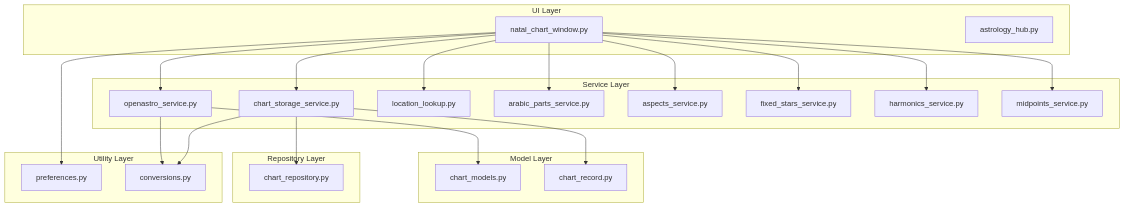
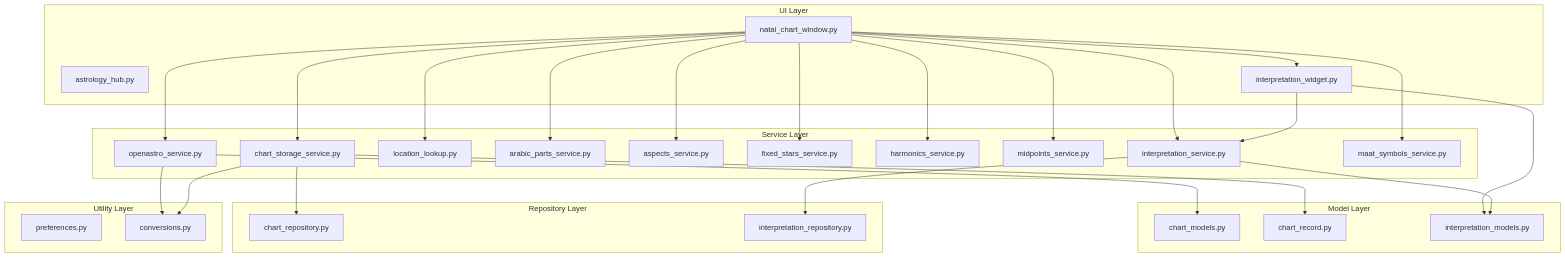
One commit to TheDaniel166/IsopGem changed the first of 21 diagrams in .qoder/repowiki/en/content/Architecture Overview/Pillar-Based Architecture/Astrology Pillar/Natal Charts.md. Above: the diagram before and after it, drawn with Mermaid. The commit also changed other lines of this file and 44 other files, not shown here.

````diff
--- a/.qoder/repowiki/en/content/Architecture Overview/Pillar-Based Architecture/Astrology Pillar/Natal Charts.md
+++ b/.qoder/repowiki/en/content/Architecture Overview/Pillar-Based Architecture/Astrology Pillar/Natal Charts.md
@@ -45,42 +52,53 @@
 ```mermaid
 graph TD
 subgraph "UI Layer"
 A[natal_chart_window.py]
 B[astrology_hub.py]
+C[interpretation_widget.py]
 end
 subgraph "Service Layer"
-C[openastro_service.py]
-D[chart_storage_service.py]
-E[location_lookup.py]
-F[arabic_parts_service.py]
-G[aspects_service.py]
-H[fixed_stars_service.py]
-I[harmonics_service.py]
-J[midpoints_service.py]
+D[openastro_service.py]
+E[chart_storage_service.py]
+F[location_lookup.py]
+G[arabic_parts_service.py]
+H[aspects_service.py]
+I[fixed_stars_service.py]
+J[harmonics_service.py]
+K[midpoints_service.py]
+L[interpretation_service.py]
+M[maat_symbols_service.py]
 end
 subgraph "Model Layer"
-K[chart_models.py]
-L[chart_record.py]
+N[chart_models.py]
+O[chart_record.py]
+P[interpretation_models.py]
 end
 subgraph "Repository Layer"
-M[chart_repository.py]
+Q[chart_repository.py]
+R[interpretation_repository.py]
 end
 subgraph "Utility Layer"
-N[preferences.py]
-O[conversions.py]
+S[preferences.py]
+T[conversions.py]
 end
-A --> C
 A --> D
 A --> E
 A --> F
 A --> G
 A --> H
 A --> I
 A --> J
-A --> N
-C --> K
-D --> L
-D --> M
-C --> O
-D --> O
+A --> K
+A --> L
+A --> M
+A --> C
+C --> L
+L --> R
+D --> N
+E --> O
+E --> Q
+C --> P
+L --> P
+D --> T
+E --> T
 ```
````
